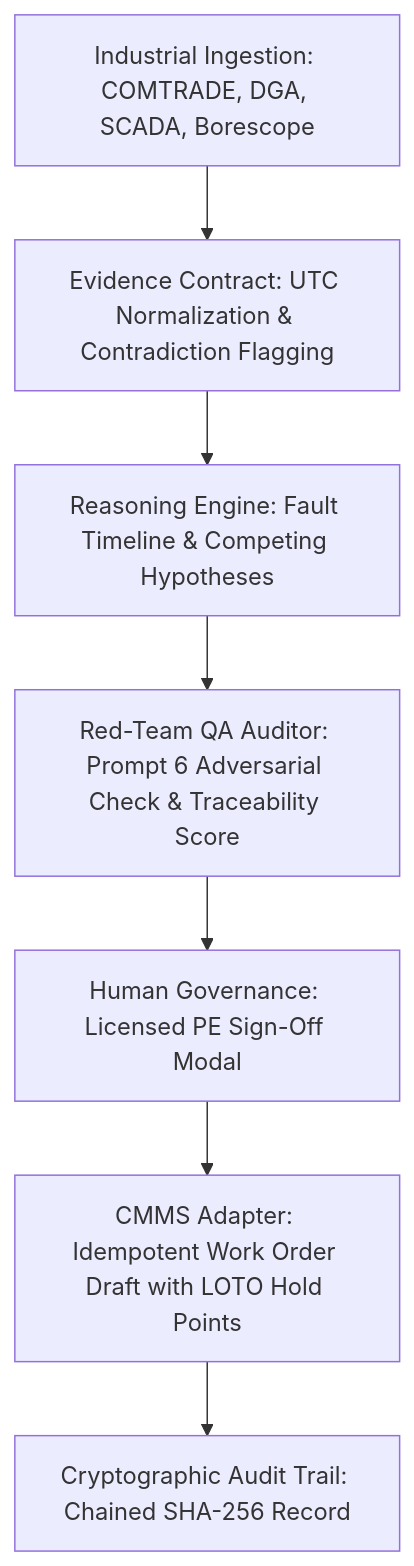
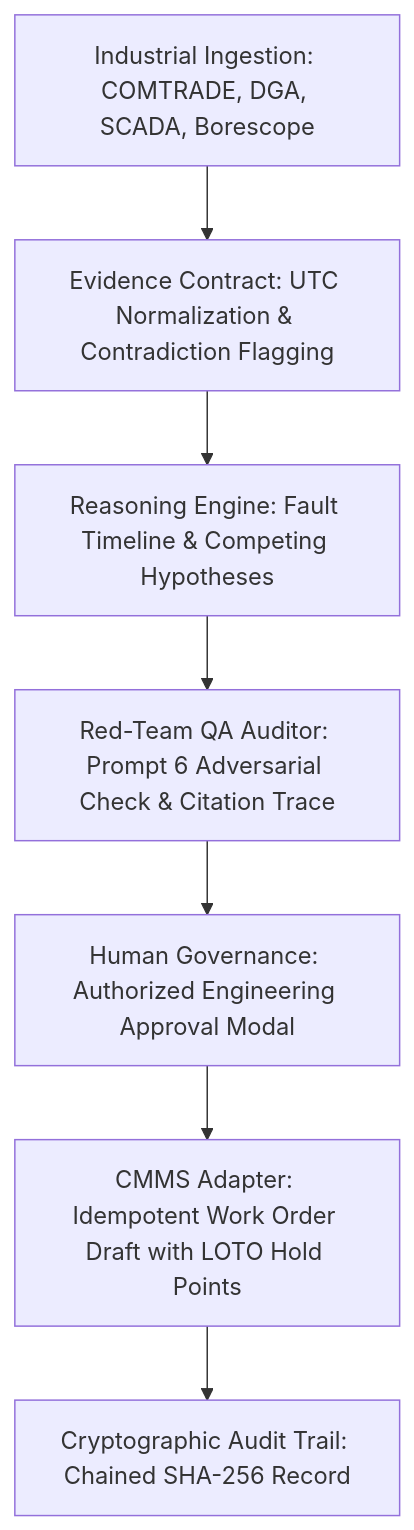
The diagram in docs/demo-walkthrough-and-case-study.md (amareshdas3-eng/IFIA), drawn with Mermaid before and after one commit. The commit also changed other lines of this file and 2 other files, not shown here.

Commit message:
docs: tighten outage modeling, sandbox terminology, and engineering approval claims

````diff
--- a/docs/demo-walkthrough-and-case-study.md
+++ b/docs/demo-walkthrough-and-case-study.md
@@ -28,9 +28,9 @@
 ```mermaid
 graph TD
-    A[Industrial Ingestion: COMTRADE, DGA, SCADA, Borescope] --> B[Evidence Contract: UTC Normalization & Contradiction Flagging]
-    B --> C[Reasoning Engine: Fault Timeline & Competing Hypotheses]
-    C --> D[Red-Team QA Auditor: Prompt 6 Adversarial Check & Traceability Score]
-    D --> E[Human Governance: Licensed PE Sign-Off Modal]
-    E --> F[CMMS Adapter: Idempotent Work Order Draft with LOTO Hold Points]
-    F --> G[Cryptographic Audit Trail: Chained SHA-256 Record]
+    A["Industrial Ingestion: COMTRADE, DGA, SCADA, Borescope"] --> B["Evidence Contract: UTC Normalization & Contradiction Flagging"]
+    B --> C["Reasoning Engine: Fault Timeline & Competing Hypotheses"]
+    C --> D["Red-Team QA Auditor: Prompt 6 Adversarial Check & Citation Trace"]
+    D --> E["Human Governance: Authorized Engineering Approval Modal"]
+    E --> F["CMMS Adapter: Idempotent Work Order Draft with LOTO Hold Points"]
+    F --> G["Cryptographic Audit Trail: Chained SHA-256 Record"]
 ```
````
